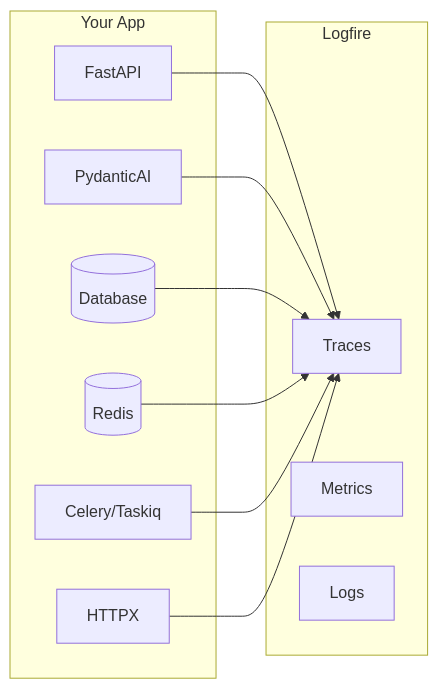
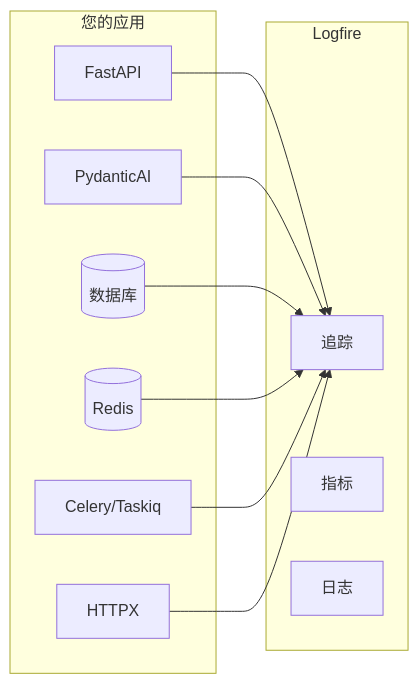
One commit to RaykieLee/framework-agent-python changed the third of 3 diagrams in README.md. Above: the diagram before and after it, drawn with Mermaid. The commit also changed other lines of this file and 76 other files, not shown here.

````diff
--- a/README.md
+++ b/README.md
@@ -1045,24 +959,24 @@
 ```mermaid
 graph LR
-    subgraph Your App
+    subgraph 您的应用
         API[FastAPI]
         Agent[PydanticAI]
-        DB[(Database)]
+        DB[(数据库)]
         Cache[(Redis)]
         Queue[Celery/Taskiq]
         HTTP[HTTPX]
     end
 
     subgraph Logfire
-        Traces[Traces]
-        Metrics[Metrics]
-        Logs[Logs]
+        Traces[追踪]
+        Metrics[指标]
+        Logs[日志]
     end
 
     API --> Traces
     Agent --> Traces
     DB --> Traces
     Cache --> Traces
     Queue --> Traces
     HTTP --> Traces
 ```
````
